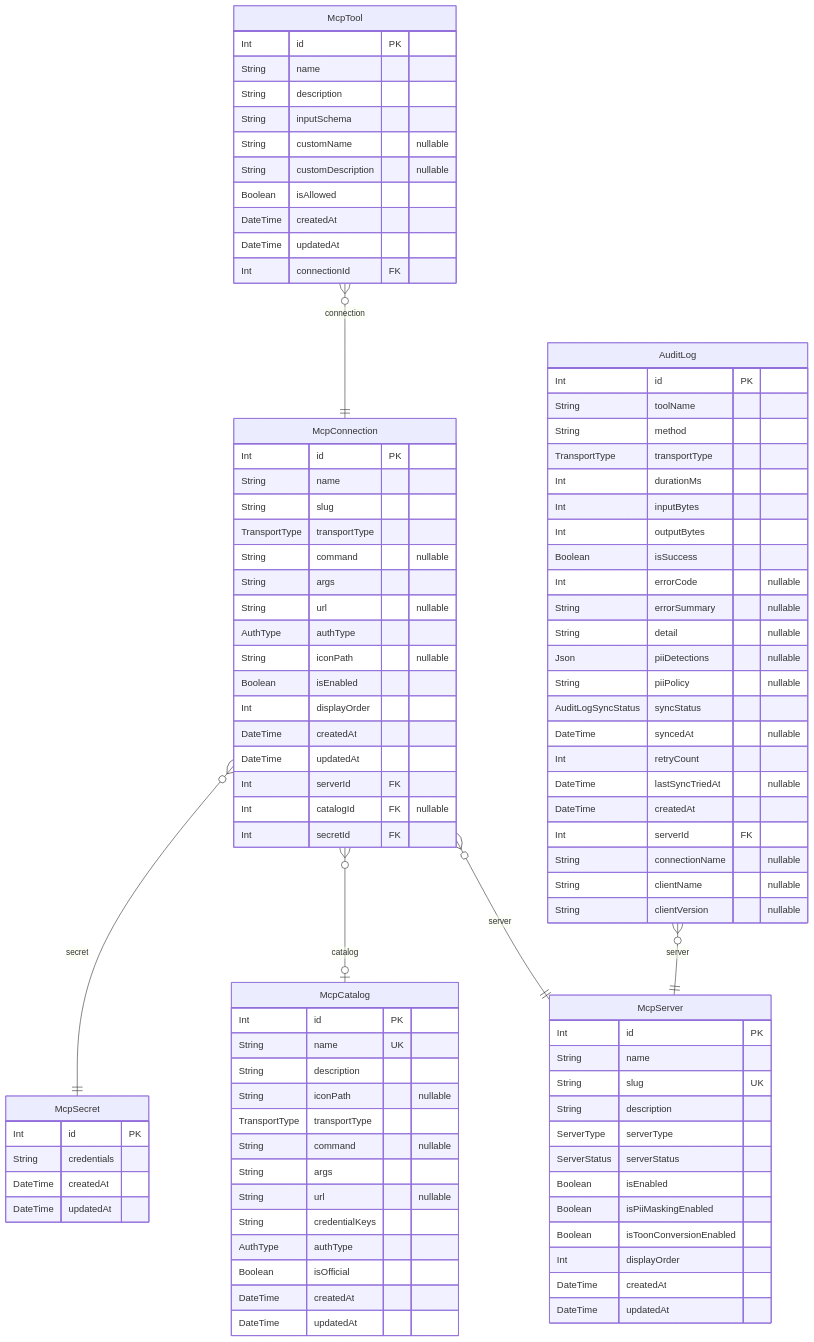
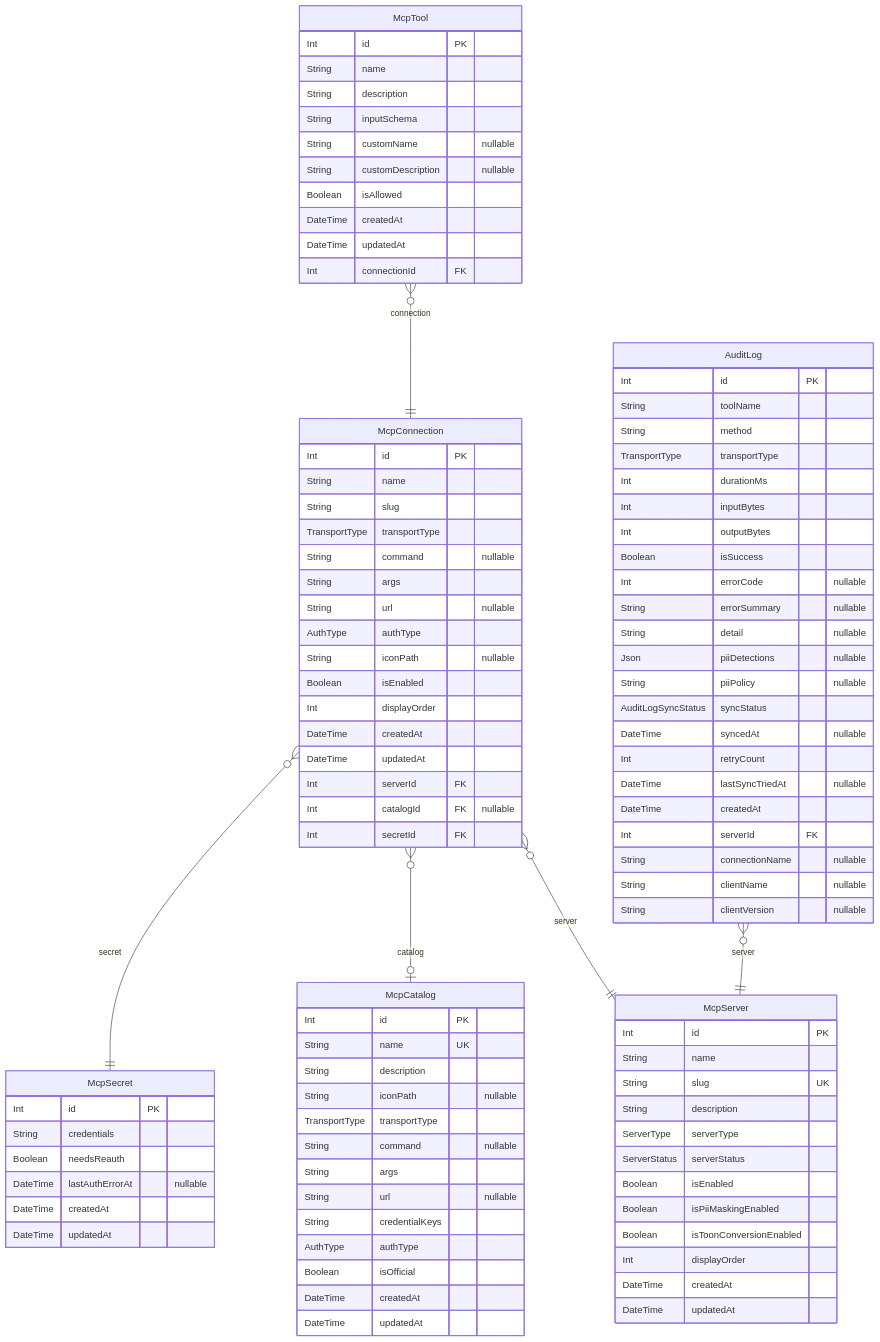
Before and after one commit to rayven122/tumiki: the second of 3 diagrams in apps/desktop/prisma/README.md, drawn with Mermaid. The commit also changed other lines of this file and 20 other files, not shown here.

```diff
--- a/apps/desktop/prisma/README.md
+++ b/apps/desktop/prisma/README.md
@@ -71,6 +71,8 @@
 "McpSecret" {
   Int id PK
   String credentials
+  Boolean needsReauth
+  DateTime lastAuthErrorAt "nullable"
   DateTime createdAt
   DateTime updatedAt
 }
```
